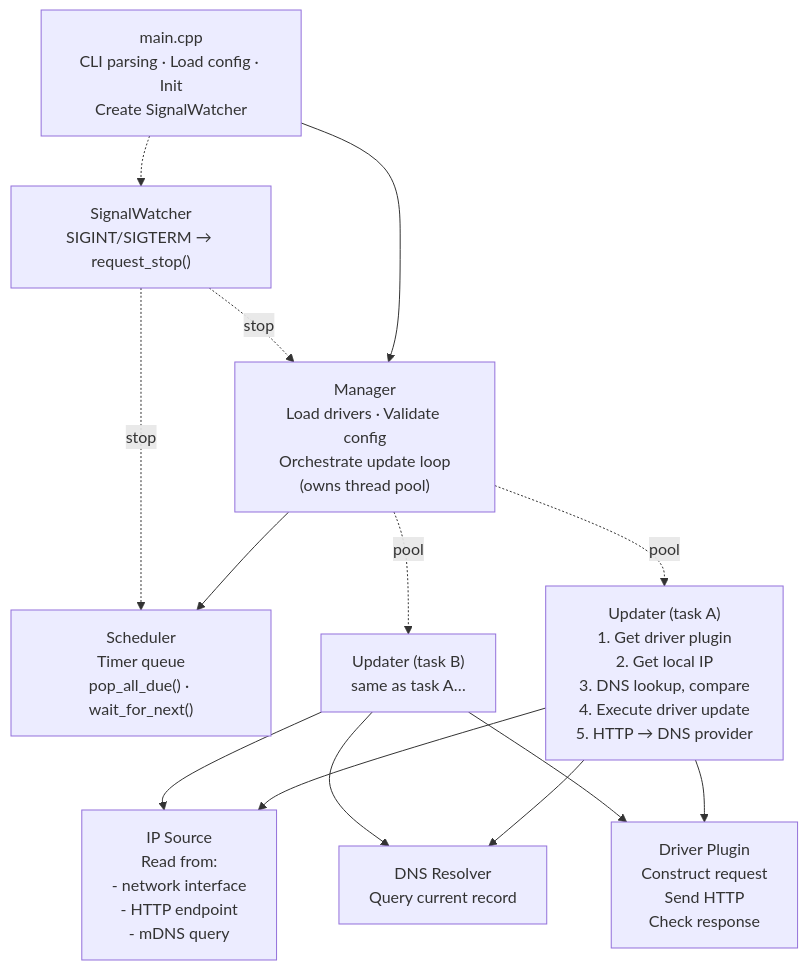
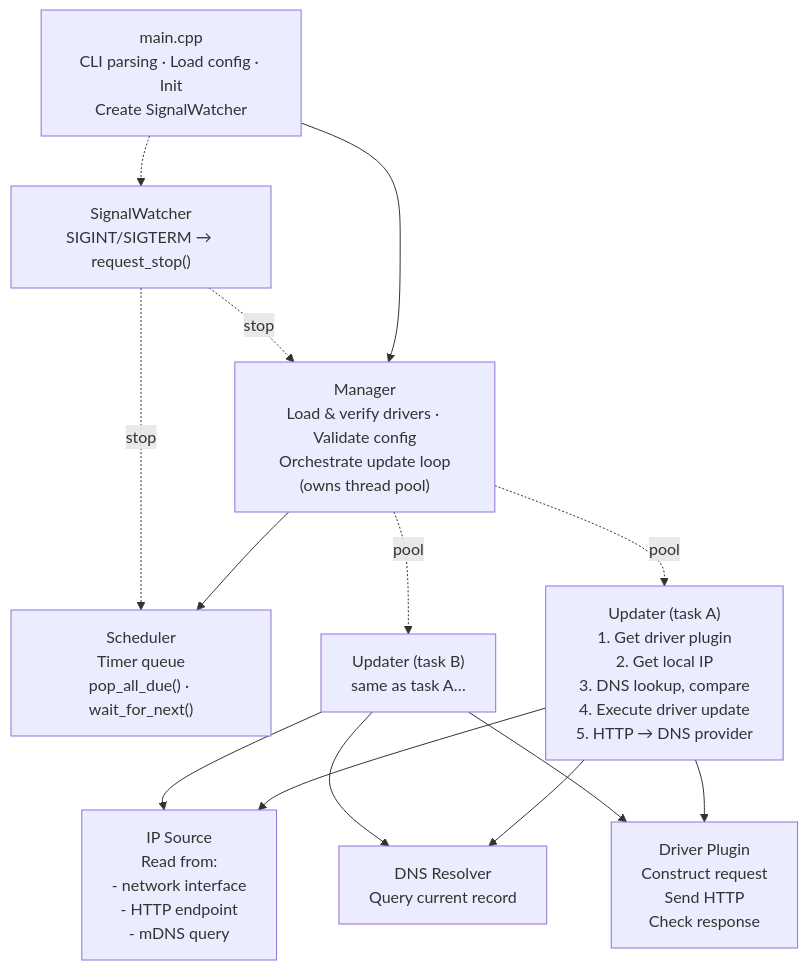
The diagram in README.md (CyberKoo/yaddnsc), drawn with Mermaid before and after one commit. The commit also changed other lines of this file and 5 other files, not shown here.

````diff
--- a/README.md
+++ b/README.md
@@ -38,48 +40,48 @@
 ```mermaid
 flowchart TB
     main["main.cpp
 CLI parsing · Load config · Init
 Create SignalWatcher"]
     mgr["Manager
-Load drivers · Validate config
+Load & verify drivers · Validate config
 Orchestrate update loop
 (owns thread pool)"]
     sched["Scheduler
 Timer queue
 pop_all_due() · wait_for_next()"]
     watcher["SignalWatcher
 SIGINT/SIGTERM → request_stop()"]
     updaterA["Updater (task A)
 1. Get driver plugin
 2. Get local IP
 3. DNS lookup, compare
 4. Execute driver update
 5. HTTP → DNS provider"]
     updaterB["Updater (task B)
 same as task A…"]
     ip["IP Source
 Read from:
 - network interface
 - HTTP endpoint
 - mDNS query"]
     dns["DNS Resolver
 Query current record"]
     driver["Driver Plugin
 Construct request
 Send HTTP
 Check response"]
 
     main --> mgr
     main -.-> watcher
     mgr --> sched
     mgr -.->|pool| updaterA
     mgr -.->|pool| updaterB
     watcher -.->|stop| mgr
     watcher -.->|stop| sched
     updaterA --> ip
     updaterA --> dns
     updaterA --> driver
     updaterB --> ip
     updaterB --> dns
     updaterB --> driver
 ```
````
